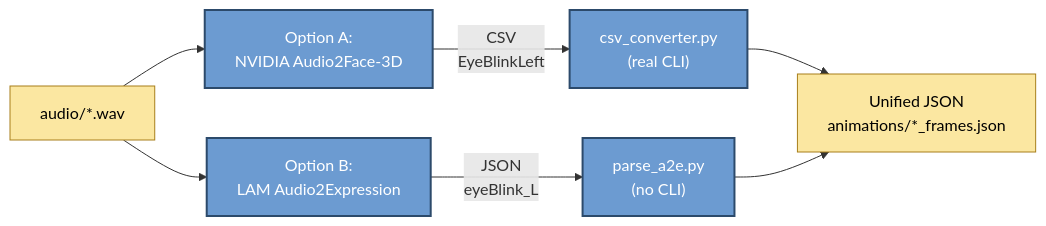
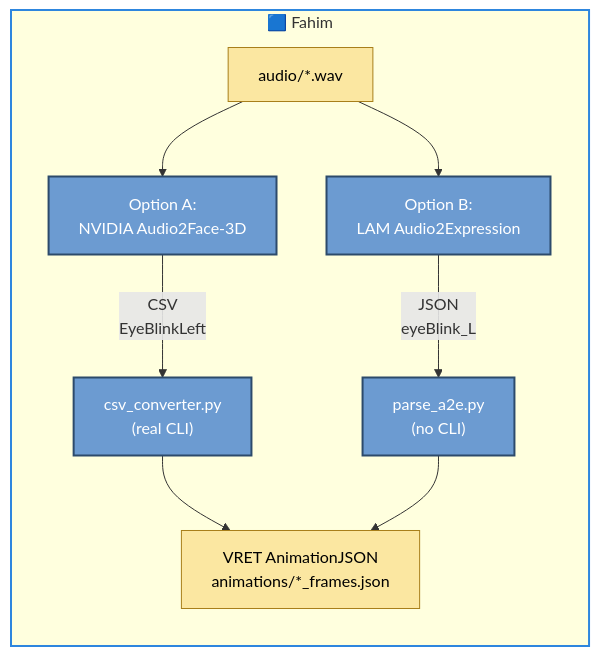
One commit to SBU-VRET/VRET-Project changed the fifth of 8 diagrams in docs/TECH_PIPELINE.md. Above: the diagram before and after it, drawn with Mermaid. The commit also changed other lines of this file and 2 other files, not shown here.

Commit message:
Add ownership coloring to tech pipeline diagrams, ignore temp/, add Audio2Face vs LAM Audio2Expression doc

````diff
--- a/docs/TECH_PIPELINE.md
+++ b/docs/TECH_PIPELINE.md
@@ -96,12 +158,15 @@
 ```mermaid
 flowchart LR
+    subgraph S4["🟦 Fahim"]
     WAV["audio/*.wav"] --> A2F["Option A:<br/>NVIDIA Audio2Face-3D"] -->|"CSV<br/>EyeBlinkLeft"| CSVConv["csv_converter.py<br/>(real CLI)"]
     WAV --> LAM["Option B:<br/>LAM Audio2Expression"] -->|"JSON<br/>eyeBlink_L"| ParseA2E["parse_a2e.py<br/>(no CLI)"]
-    CSVConv --> RuntimeJSON["Unified JSON<br/>animations/*_frames.json"]
+    CSVConv --> RuntimeJSON["VRET AnimationJSON<br/>animations/*_frames.json"]
     ParseA2E --> RuntimeJSON
+    end
 
+    style S4 stroke:#2E86DE,stroke-width:2px
     classDef tool fill:#6c9bd1,stroke:#2c4a6b,stroke-width:2px,color:#fff;
     classDef artifact fill:#fbe7a1,stroke:#a87f1a,stroke-width:1px,color:#000;
     class A2F,LAM,CSVConv,ParseA2E tool
     class WAV,RuntimeJSON artifact
 ```
````
